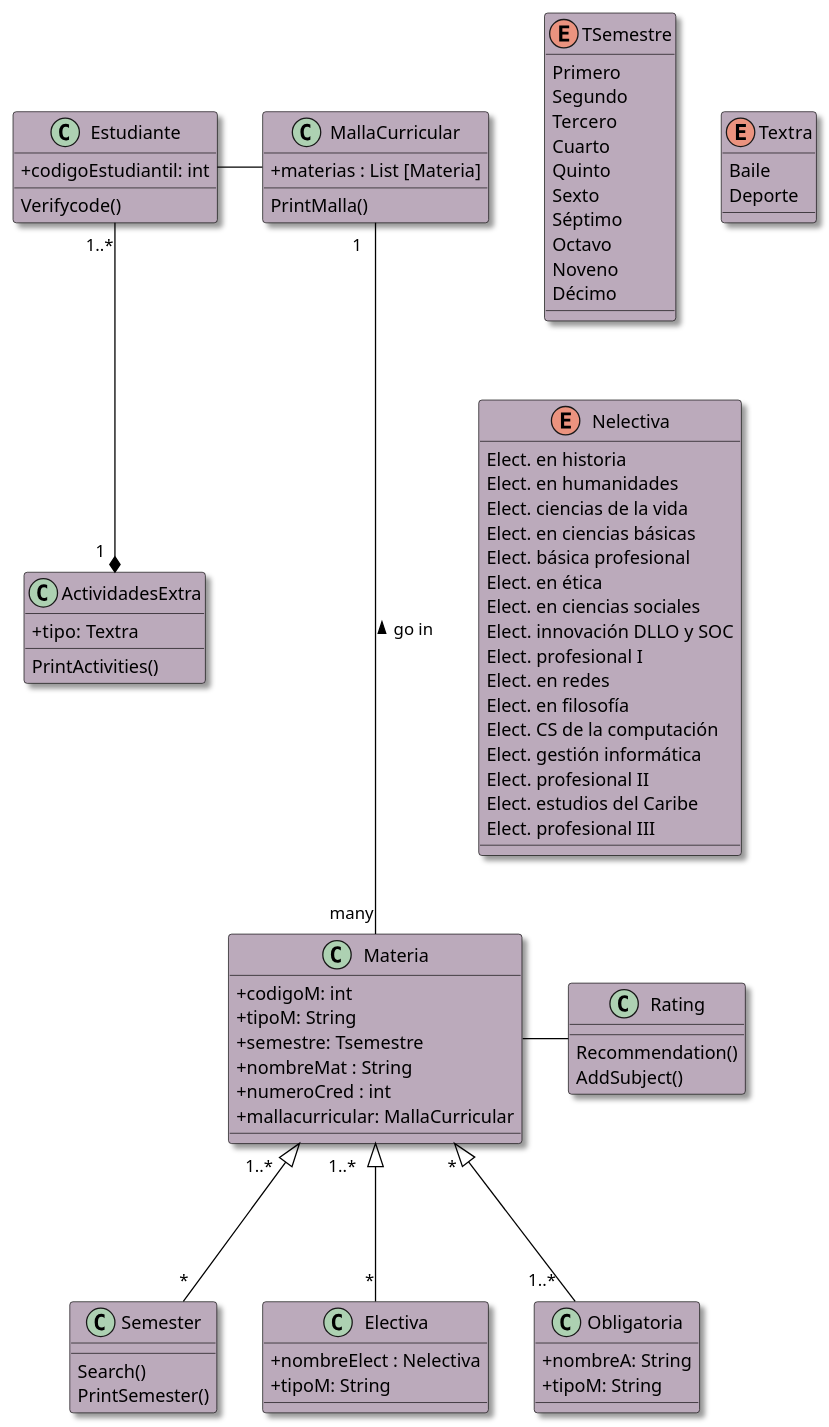
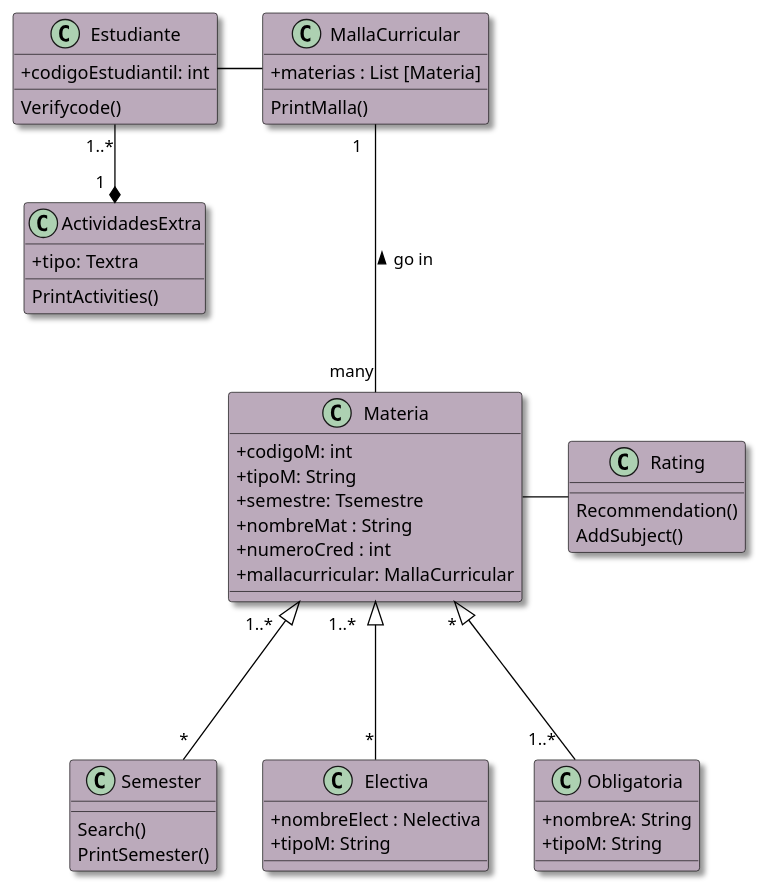
The diagram in Diagrama_code.puml (ana03ap/iPensum), drawn with PlantUML before and after one commit. The commit also changed 3 other files, not shown here.

```diff
--- a/Diagrama_code.puml
+++ b/Diagrama_code.puml
@@ -1,113 +1,76 @@
 @startuml "UML Project"
 
 skinparam monochrome flase 
 skinparam handwritten false 
 skinparam shadowing true
 skinparam StereotypeABackgroundColor true
 skinparam classAttributeIconSize 0
 
 skinparam class{
     
     BackgroundColor bab
     BorderColor Black
     ArrowColor Black
 }
 
 
 class Estudiante {
 + codigoEstudiantil: int 
 Verifycode()
 }
 
 
 class Materia {
 + codigoM: int 
 + tipoM: String  
 + semestre: Tsemestre
 + nombreMat : String
 + numeroCred : int
 + mallacurricular: MallaCurricular
 }
 
 Class MallaCurricular { 
 + materias : List [Materia]
 PrintMalla()
 }
 
 Class Semester {
 
 Search()
 PrintSemester()
 }
 
 
 Class Electiva { 
 + nombreElect : Nelectiva
 + tipoM: String
 }
 
 Class Obligatoria {
 + nombreA: String 
 + tipoM: String
 }
 
 Class ActividadesExtra {
 + tipo: Textra 
 PrintActivities()
 }
 
 Class Rating {
 Recommendation()
 AddSubject()
 }
-enum TSemestre {
-    Primero
-    Segundo 
-    Tercero
-    Cuarto
-    Quinto
-    Sexto
-    Séptimo
-    Octavo 
-    Noveno 
-    Décimo
-}
 
-enum Textra {
-    Baile
-    Deporte
-}
-
-enum Nelectiva {
-
-    Elect. en historia
-    Elect. en humanidades 
-    Elect. ciencias de la vida
-    Elect. en ciencias básicas
-    Elect. básica profesional 
-    Elect. en ética
-    Elect. en ciencias sociales
-    Elect. innovación DLLO y SOC
-    Elect. profesional I 
-    Elect. en redes 
-    Elect. en filosofía
-    Elect. CS de la computación 
-    Elect. gestión informática
-    Elect. profesional II
-    Elect. estudios del Caribe
-    Elect. profesional III
-
-}
 
 
 Estudiante - MallaCurricular
 MallaCurricular " 1   "--- "many" Materia :  < go in 
 Materia "  * " <|--- "  1..*  " Obligatoria
 Materia "1..*    " <|--- "   *" Electiva
 Materia "1..*    " <|--- "   *" Semester
 Estudiante "1..*" --* "1  " ActividadesExtra
 Materia - Rating
 
 
 
 @enduml
```
